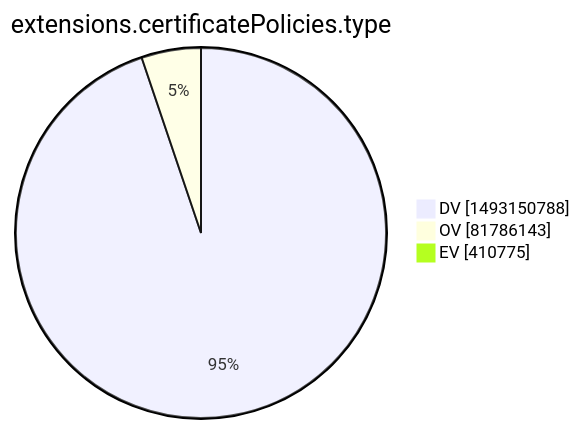
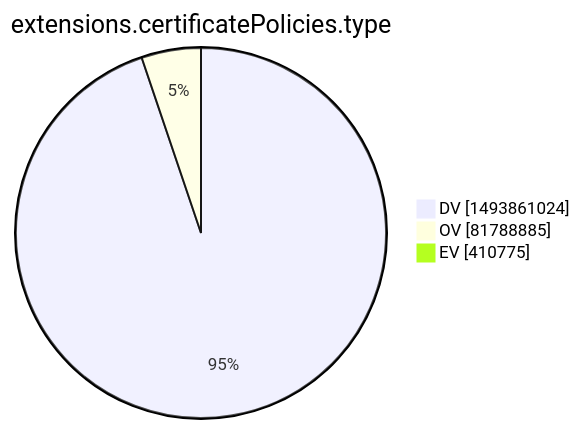
The tenth of 15 diagrams in xenon2022/README.md (christiankrug/ctmonitor_visualization), drawn with Mermaid before and after one commit. The commit also changed other lines of this file, not shown here.

````diff
--- a/xenon2022/README.md
+++ b/xenon2022/README.md
@@ -2874,7 +2874,7 @@
 ```mermaid
 pie showData
 title extensions.certificatePolicies.type
-"DV" :1493150788
-"OV" :81786143
+"DV" :1493861024
+"OV" :81788885
 "EV" :410775
 ```
````
